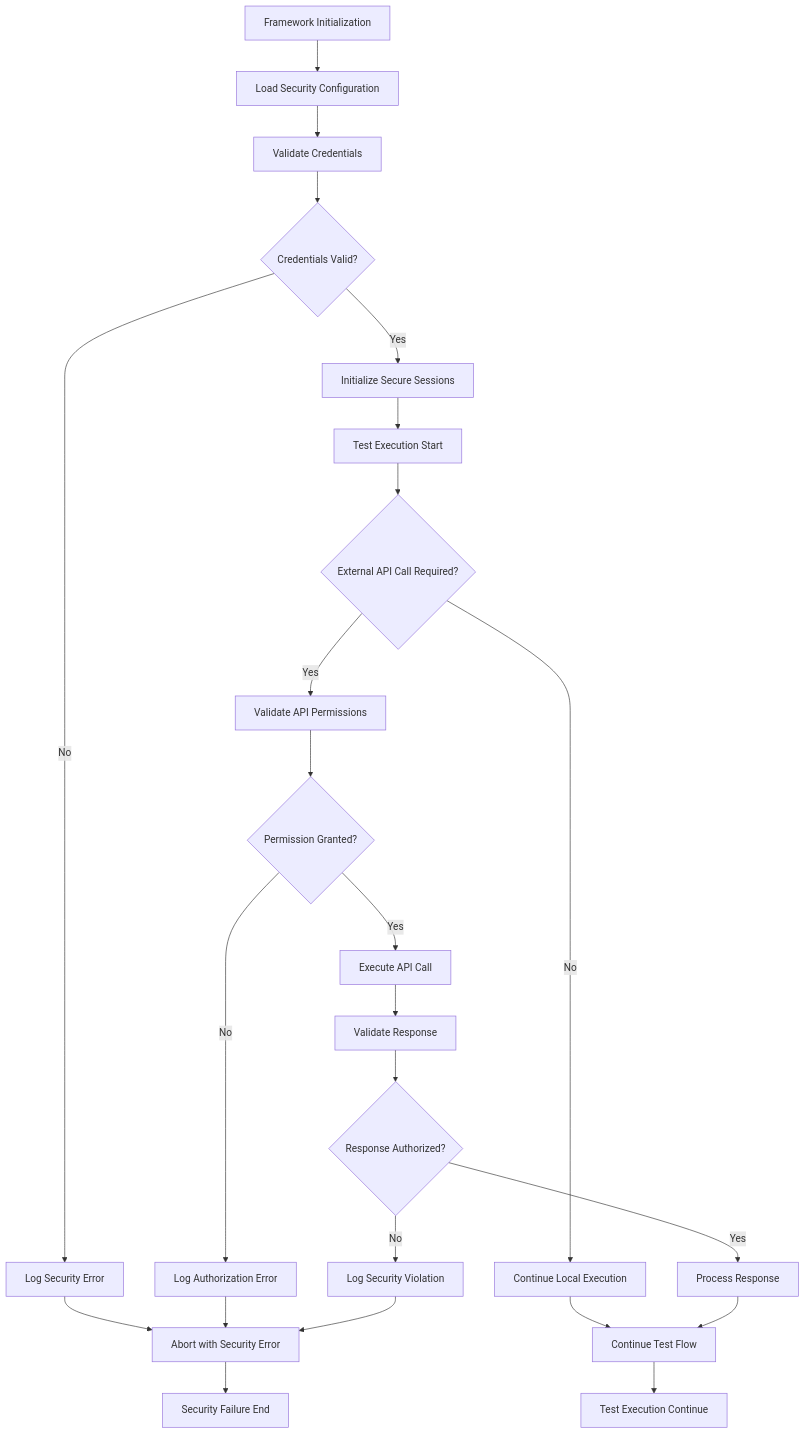
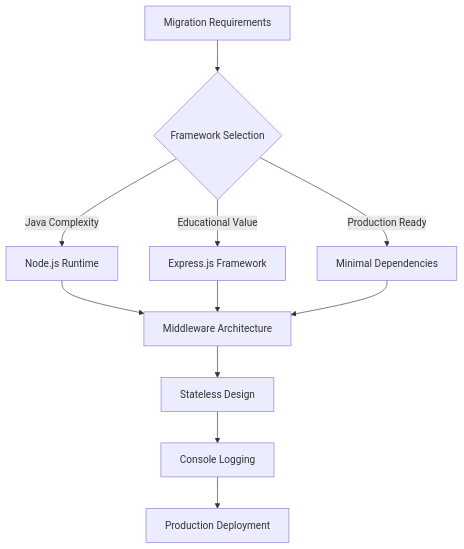
One commit to lakshya-blitzy/branch_August_lakshya_ changed diagram 19 of 50 in blitzy/documentation/Technical Specifications.md. Above: the diagram before and after it, drawn with Mermaid. The commit also changed other lines of this file, not shown here.

````diff
--- a/blitzy/documentation/Technical Specifications.md
+++ b/blitzy/documentation/Technical Specifications.md
@@ -1922,33 +1968,15 @@
 ```mermaid
-flowchart TD
-    A[Framework Initialization] --> B[Load Security Configuration]
-    B --> C[Validate Credentials]
-    C --> D{Credentials Valid?}
+graph TD
+    A[Migration Requirements] --> B{Framework Selection}
+    B -->|Java Complexity| C[Node.js Runtime]
+    B -->|Educational Value| D[Express.js Framework]
+    B -->|Production Ready| E[Minimal Dependencies]
     
-    D -->|No| E[Log Security Error]
-    D -->|Yes| F[Initialize Secure Sessions]
+    C --> F[Middleware Architecture]
+    D --> F
+    E --> F
     
-    F --> G[Test Execution Start]
-    G --> H{External API Call Required?}
-    H -->|No| I[Continue Local Execution]
-    H -->|Yes| J[Validate API Permissions]
-    
-    J --> K{Permission Granted?}
-    K -->|No| L[Log Authorization Error]
-    K -->|Yes| M[Execute API Call]
-    
-    M --> N[Validate Response]
-    N --> O{Response Authorized?}
-    O -->|No| P[Log Security Violation]
-    O -->|Yes| Q[Process Response]
-    
-    I --> R[Continue Test Flow]
-    Q --> R
-    
-    E --> S[Abort with Security Error]
-    L --> S
-    P --> S
-    
-    R --> T[Test Execution Continue]
-    S --> U[Security Failure End]
+    F --> G[Stateless Design]
+    G --> H[Console Logging]
+    H --> I[Production Deployment]
 ```
````
